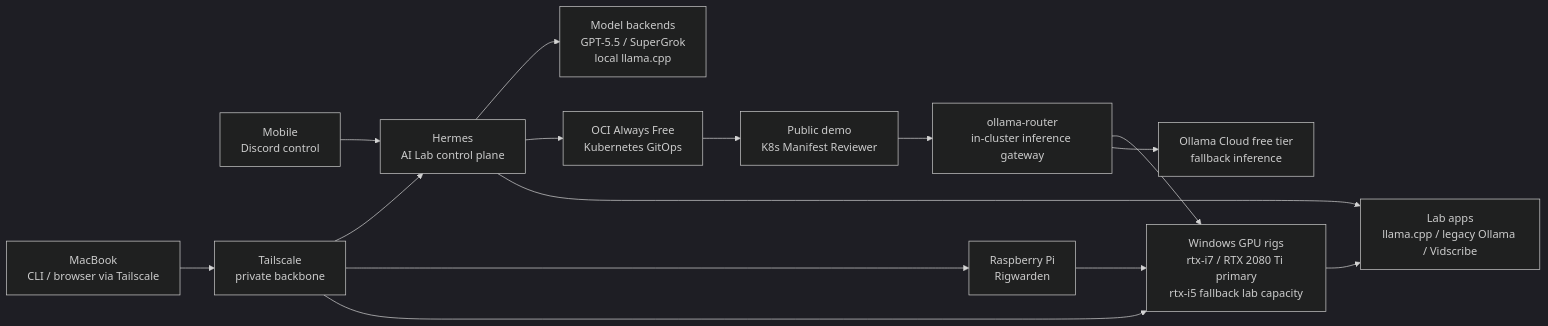
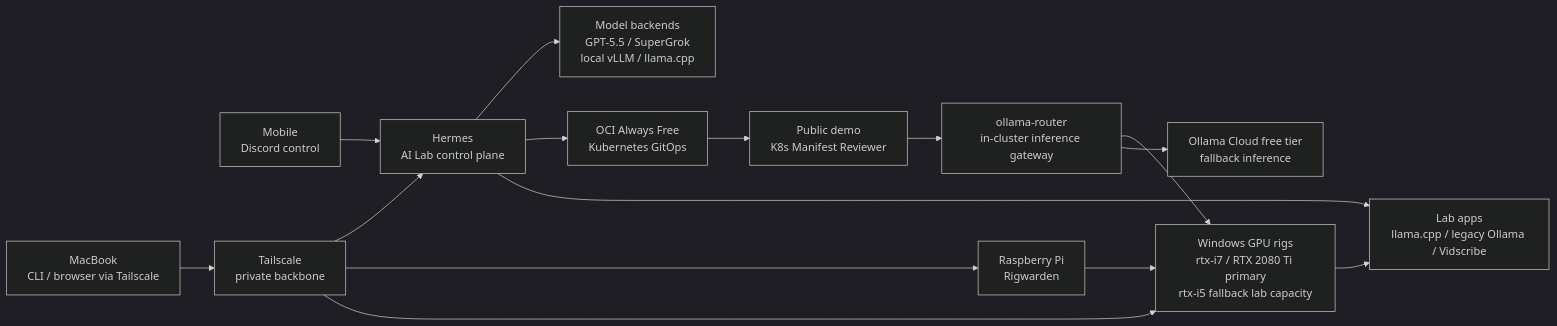
Before and after one commit to maslankalm/ai-lab: the diagram in homelab/README.md, drawn with Mermaid (dark theme). The commit also changed other lines of this file and 1 other file, not shown here.

````diff
--- a/homelab/README.md
+++ b/homelab/README.md
@@ -15,30 +15,30 @@
 ```mermaid
 flowchart LR
     MAC["MacBook<br/>CLI / browser via Tailscale"]
     MOBILE["Mobile<br/>Discord control"]
     CP["Hermes<br/>AI Lab control plane"]
-    MODELS["Model backends<br/>GPT-5.5 / SuperGrok<br/>local llama.cpp"]
+    MODELS["Model backends<br/>GPT-5.5 / SuperGrok<br/>local vLLM / llama.cpp"]
     TAIL["Tailscale<br/>private backbone"]
     CLOUD["OCI Always Free<br/>Kubernetes GitOps"]
     REVIEWER["Public demo<br/>K8s Manifest Reviewer"]
     ROUTER["ollama-router<br/>in-cluster inference gateway"]
     PI["Raspberry Pi<br/>Rigwarden"]
     GPU["Windows GPU rigs<br/>rtx-i7 / RTX 2080 Ti primary<br/>rtx-i5 fallback lab capacity"]
     FALLBACK["Ollama Cloud free tier<br/>fallback inference"]
     APPS["Lab apps<br/>llama.cpp / legacy Ollama / Vidscribe"]
 
     MOBILE --> CP
     MAC --> TAIL
     TAIL --> CP
     CP --> MODELS
     CP --> CLOUD
     CLOUD --> REVIEWER
     REVIEWER --> ROUTER
     ROUTER --> GPU
     ROUTER --> FALLBACK
     TAIL --> PI
     TAIL --> GPU
     PI --> GPU
     GPU --> APPS
     CP --> APPS
 ```
````
